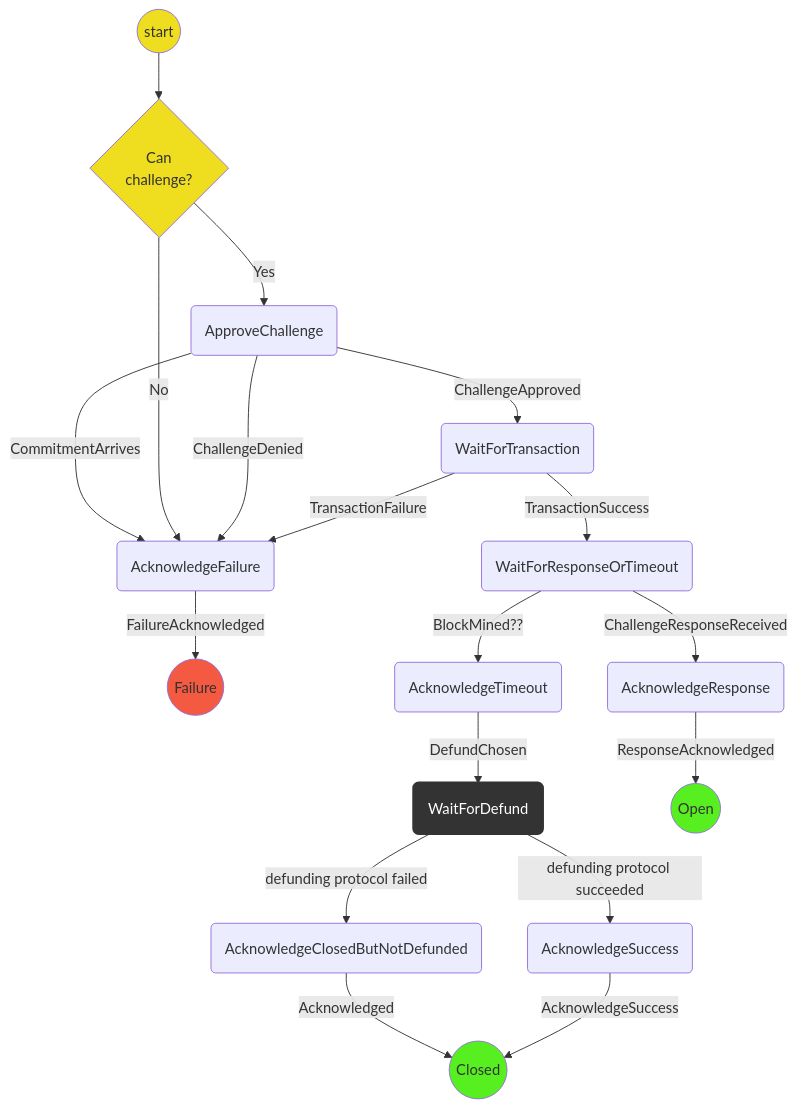
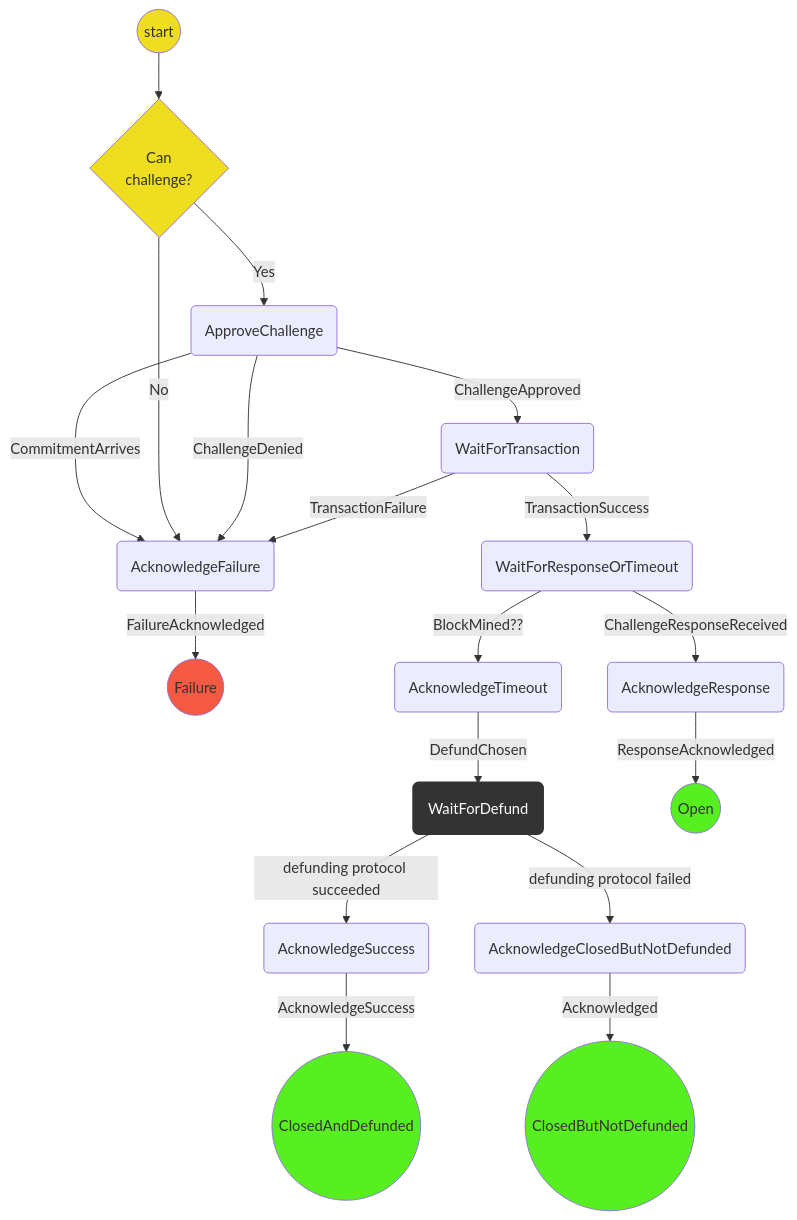
The diagram in packages/wallet/src/redux/protocols/challenging/readme.md (magmo/apps), drawn with Mermaid before and after one commit. The commit also changed other lines of this file and 3 other files, not shown here.

Commit message:
Split terminal Closed state into ClosedAndDefunded and ClosedButNotDefunded

````diff
--- a/packages/wallet/src/redux/protocols/challenging/readme.md
+++ b/packages/wallet/src/redux/protocols/challenging/readme.md
@@ -21,29 +21,29 @@
 ```mermaid
 graph TD
 linkStyle default interpolate basis
   S((start)) --> CE{Can<br/>challenge?}
   CE --> |Yes| WFA(ApproveChallenge)
   WFA --> |CommitmentArrives| AF
   WFA --> |ChallengeApproved| WFT(WaitForTransaction)
   CE --> |No| AF
   WFA --> |ChallengeDenied| AF(AcknowledgeFailure)
   AF --> |FailureAcknowledged| F((Failure))
   WFT --> |TransactionSuccess| WFRT(WaitForResponseOrTimeout)
   WFT --> |TransactionFailure| AF
   WFRT --> |BlockMined??| AT(AcknowledgeTimeout)
   AT --> |DefundChosen| D(WaitForDefund)
   D   --> |defunding protocol succeeded| AS(AcknowledgeSuccess)
   D   --> |defunding protocol failed| ACBND(AcknowledgeClosedButNotDefunded)
-  ACBND -->|Acknowledged| SC((Closed))
-  AS -->|AcknowledgeSuccess| SC((Closed))
+  ACBND -->|Acknowledged| SCBND((ClosedButNotDefunded))
+  AS -->|AcknowledgeSuccess| SCD((ClosedAndDefunded))
   WFRT --> |ChallengeResponseReceived| AR(AcknowledgeResponse)
   AR --> |ResponseAcknowledged| SP((Open))
   classDef logic fill:#efdd20;
   classDef Success fill:#58ef21;
   classDef Failure fill:#f45941;
   classDef WaitForChildProtocol stroke:#333,stroke-width:4px,color:#ffff,fill:#333;
   class S,CE logic;
-  class SP,SC Success;
+  class SP,SCD,SCBND Success;
   class F Failure;
   class D WaitForChildProtocol;
 ```
````
